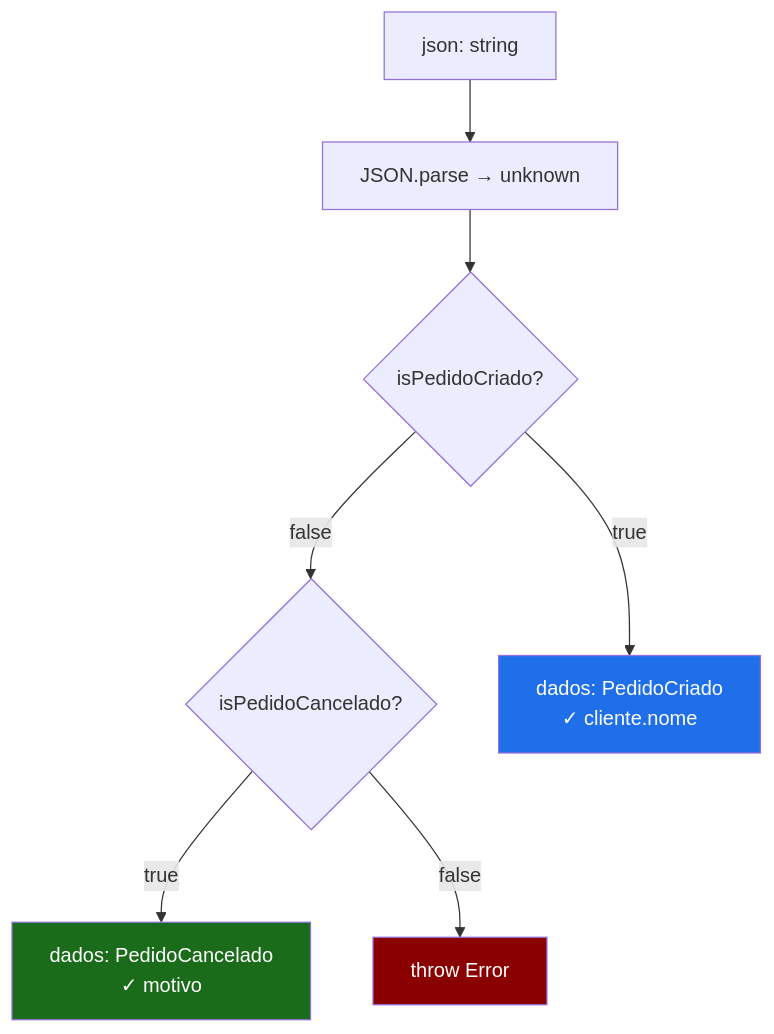
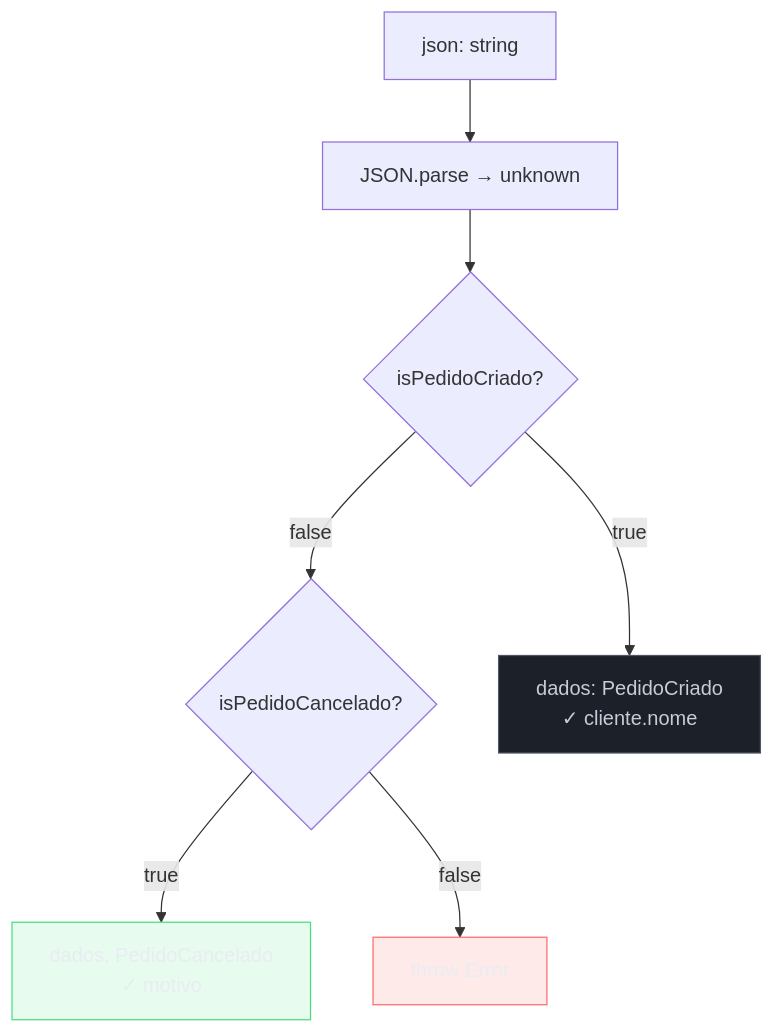
The fifth of 5 diagrams in 03-Dominios/Tecnologia/TypeScript/09 - Type narrowing e type guards.md (josenaldo/codex-technomanticus), drawn with Mermaid before and after one commit. The commit also changed other lines of this file and 1181 other files, not shown here.

First line of the commit message:
fix(diagramas): paleta do sistema no lugar de cor cravada no markdown

````diff
--- a/03-Dominios/Tecnologia/TypeScript/09 - Type narrowing e type guards.md
+++ b/03-Dominios/Tecnologia/TypeScript/09 - Type narrowing e type guards.md
@@ -598,20 +608,23 @@
 ```mermaid
 flowchart TD
+    classDef neutro fill:#1B2029,stroke:#4E5666,color:#C6CCD8
+    classDef ok fill:#4ADE8021,stroke:#4ADE80,color:#E9ECF2
+    classDef falha fill:#FF6B6B24,stroke:#FF6B6B,color:#E9ECF2
     JSON["json: string"]
     PARSE["JSON.parse → unknown"]
     G1{"isPedidoCriado?"}
     G2{"isPedidoCancelado?"}
     PC["dados: PedidoCriado\n✓ cliente.nome"]
     PP["dados: PedidoCancelado\n✓ motivo"]
     ERR["throw Error"]
 
     JSON --> PARSE --> G1
     G1 -->|"true"| PC
     G1 -->|"false"| G2
     G2 -->|"true"| PP
     G2 -->|"false"| ERR
 
-    style PC fill:#1f6feb,color:#fff
-    style PP fill:#1a6b1a,color:#fff
-    style ERR fill:#8a0000,color:#fff
+    class PC neutro
+    class PP ok
+    class ERR falha
 ```
````
